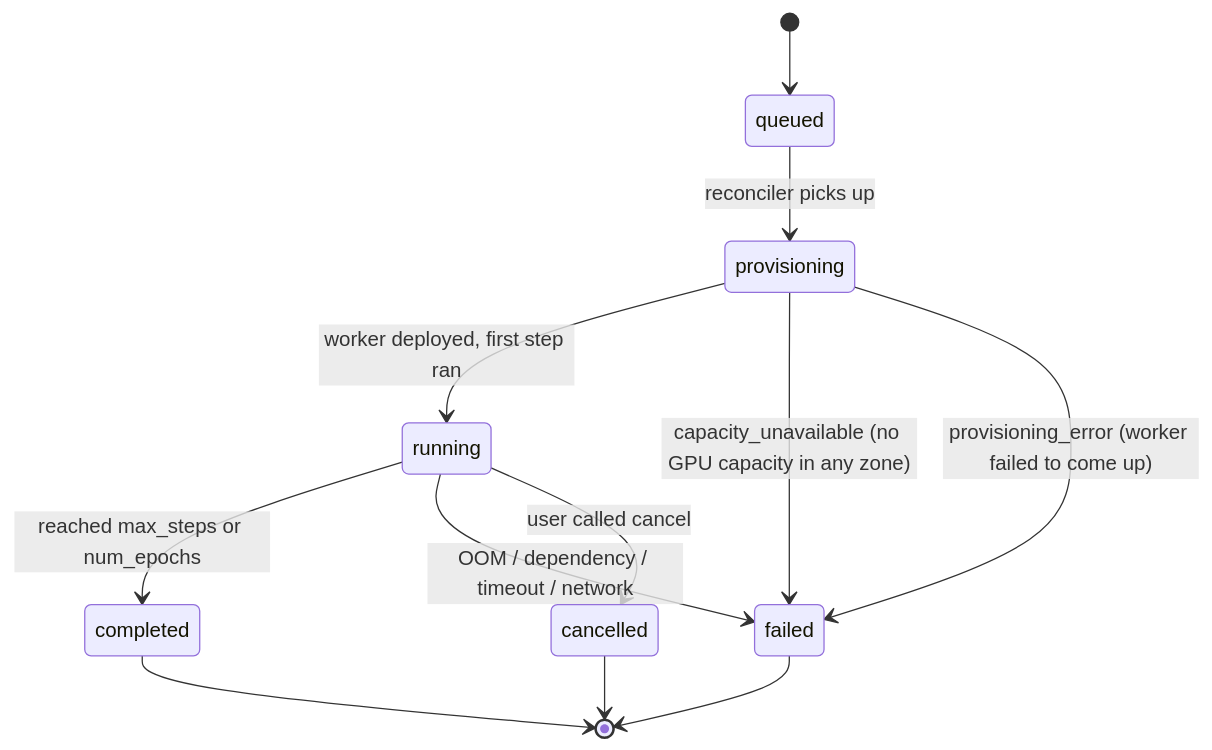
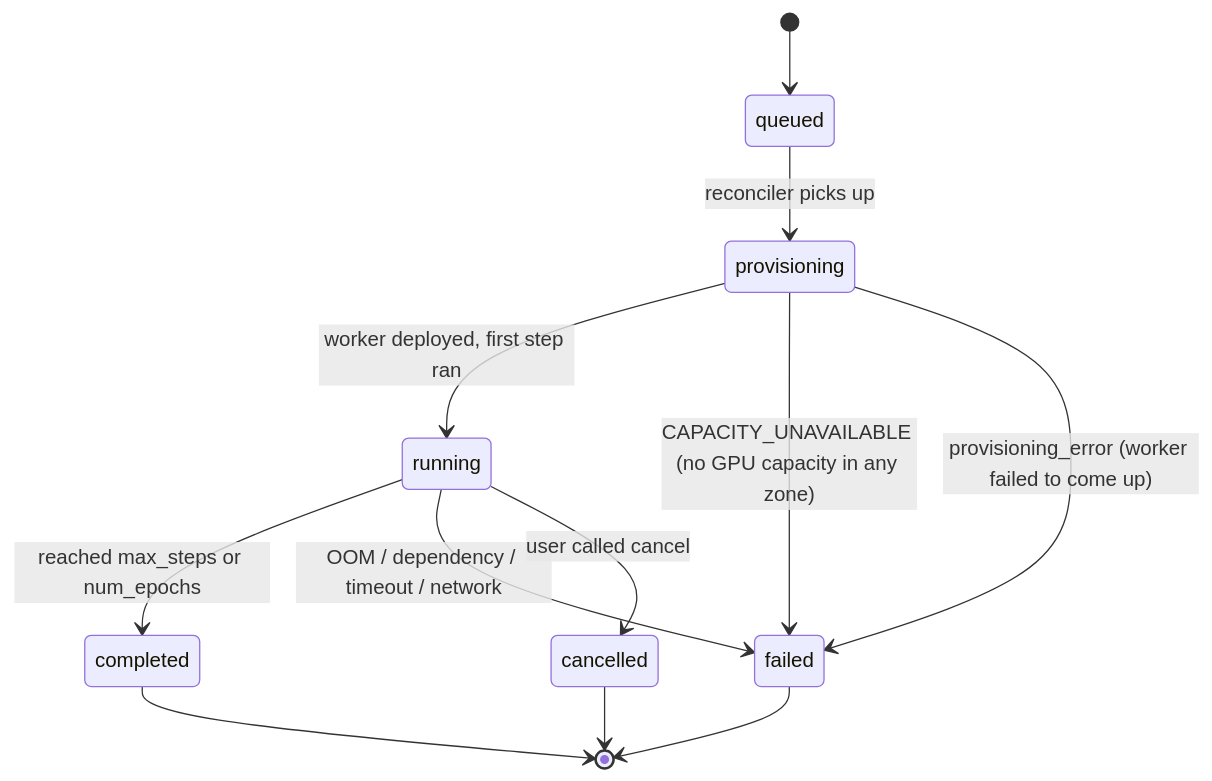
Before and after one commit to DannyMang/documentation: the diagram in training/managed.mdx, drawn with Mermaid. The commit also changed 23 other files, not shown here.

````diff
--- a/training/managed.mdx
+++ b/training/managed.mdx
@@ -30,14 +30,14 @@
 ```mermaid
 stateDiagram-v2
     [*] --> queued
     queued --> provisioning : reconciler picks up
     provisioning --> running : worker deployed, first step ran
-    provisioning --> failed : capacity_unavailable (no GPU capacity in any zone)
+    provisioning --> failed : CAPACITY_UNAVAILABLE (no GPU capacity in any zone)
     provisioning --> failed : provisioning_error (worker failed to come up)
     running --> completed : reached max_steps or num_epochs
     running --> failed : OOM / dependency / timeout / network
     running --> cancelled : user called cancel
     completed --> [*]
     failed --> [*]
     cancelled --> [*]
 ```
````
